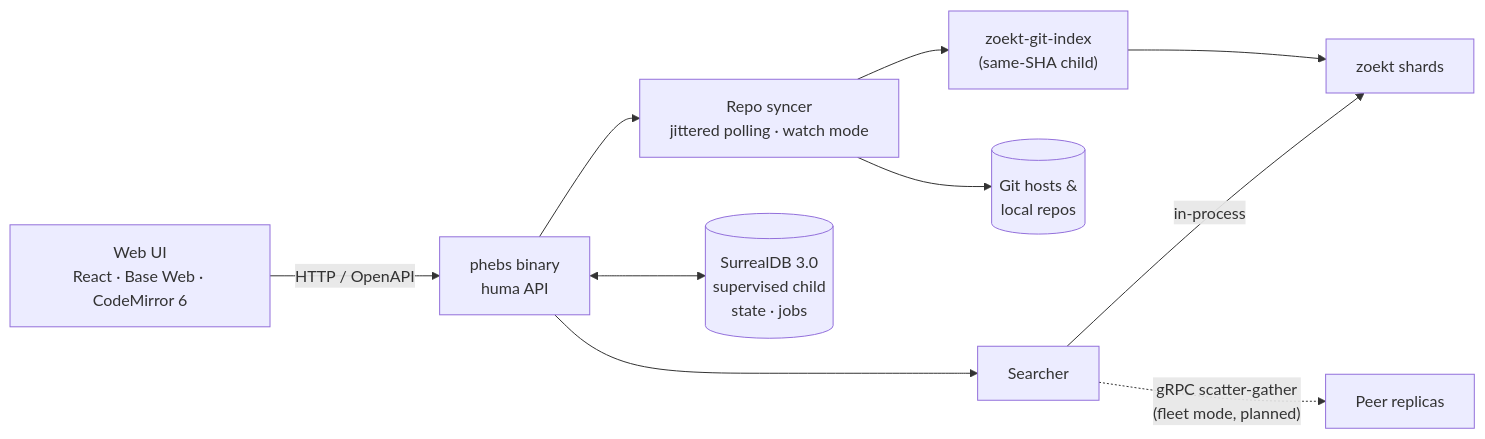
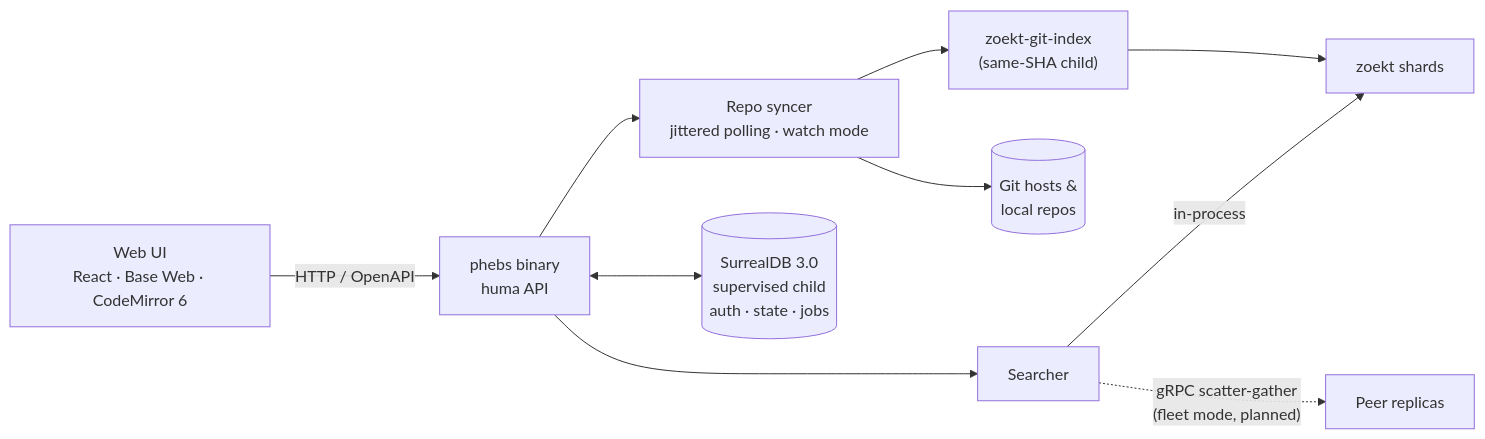
The diagram in README.md (bmeddeb/phebs), drawn with Mermaid before and after one commit. The commit also changed other lines of this file and 100 other files, not shown here.

````diff
--- a/README.md
+++ b/README.md
@@ -65,12 +80,12 @@
 ```mermaid
 flowchart LR
     UI["Web UI<br/>React · Base Web · CodeMirror 6"] -->|"HTTP / OpenAPI"| API["phebs binary<br/>huma API"]
     API --> COORD["Searcher"]
     COORD -->|"in-process"| ZK["zoekt shards"]
     API --> SYNC["Repo syncer<br/>jittered polling · watch mode"]
     SYNC --> GIT[("Git hosts &<br/>local repos")]
     SYNC --> IDX["zoekt-git-index<br/>(same-SHA child)"]
     IDX --> ZK
-    API <--> DB[("SurrealDB 3.0<br/>supervised child<br/>state · jobs")]
+    API <--> DB[("SurrealDB 3.0<br/>supervised child<br/>auth · state · jobs")]
     COORD -.->|"gRPC scatter-gather<br/>(fleet mode, planned)"| PEERS["Peer replicas"]
 ```
````
